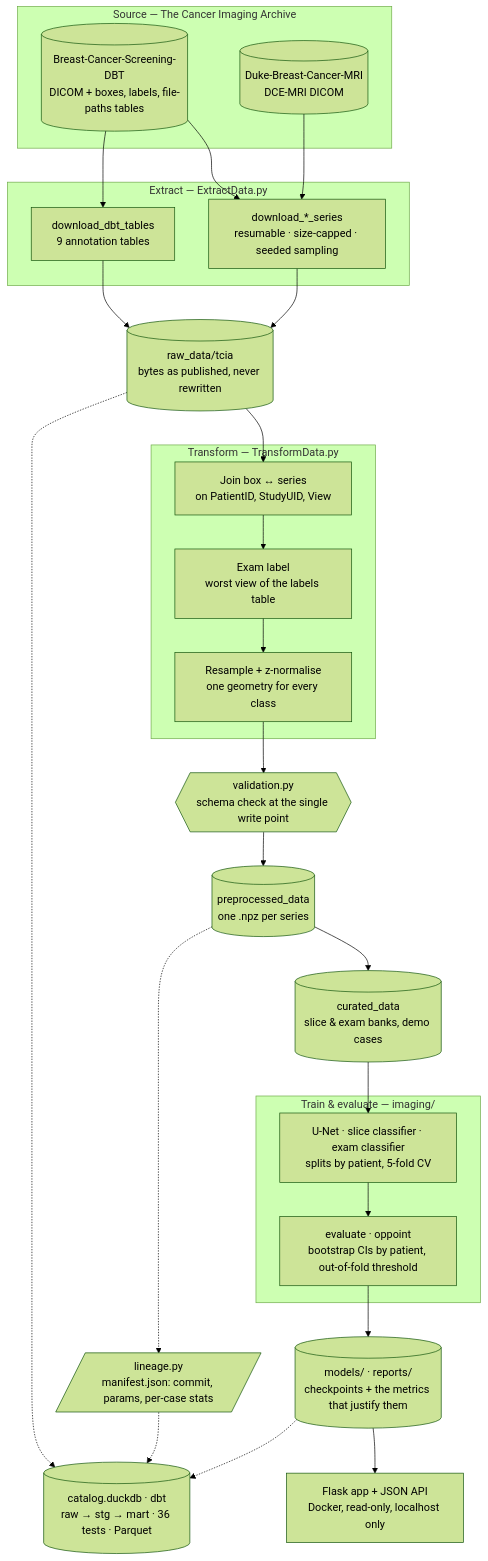
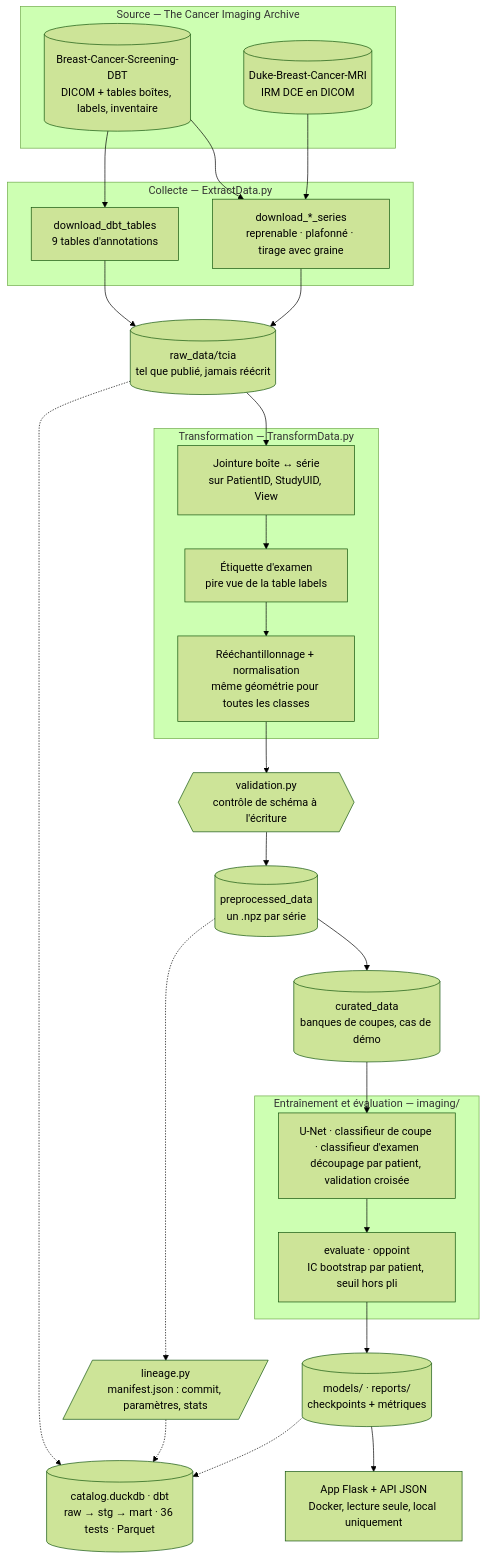
Before and after one commit to Elias-Ouafi/breastcancer: the diagram in README.md, drawn with Mermaid (forest theme). The commit also changed other lines of this file and 44 other files, not shown here.

````diff
--- a/README.md
+++ b/README.md
@@ -40,48 +64,48 @@
 ```mermaid
 flowchart TB
     subgraph SRC["Source — The Cancer Imaging Archive"]
-        DBT[("Breast-Cancer-Screening-DBT<br/>DICOM + boxes, labels, file-paths tables")]
-        MRI[("Duke-Breast-Cancer-MRI<br/>DCE-MRI DICOM")]
+        DBT[("Breast-Cancer-Screening-DBT<br/>DICOM + tables boîtes, labels, inventaire")]
+        MRI[("Duke-Breast-Cancer-MRI<br/>IRM DCE en DICOM")]
     end
 
-    subgraph EXTRACT["Extract — ExtractData.py"]
-        TABLES["download_dbt_tables<br/>9 annotation tables"]
-        SERIES["download_*_series<br/>resumable · size-capped · seeded sampling"]
+    subgraph EXTRACT["Collecte — ExtractData.py"]
+        TABLES["download_dbt_tables<br/>9 tables d'annotations"]
+        SERIES["download_*_series<br/>reprenable · plafonné · tirage avec graine"]
     end
 
-    RAW[("raw_data/tcia<br/>bytes as published, never rewritten")]
+    RAW[("raw_data/tcia<br/>tel que publié, jamais réécrit")]
 
-    subgraph TRANSFORM["Transform — TransformData.py"]
-        JOIN["Join box ↔ series<br/>on PatientID, StudyUID, View"]
-        LABEL["Exam label<br/>worst view of the labels table"]
-        GEOM["Resample + z-normalise<br/>one geometry for every class"]
+    subgraph TRANSFORM["Transformation — TransformData.py"]
+        JOIN["Jointure boîte ↔ série<br/>sur PatientID, StudyUID, View"]
+        LABEL["Étiquette d'examen<br/>pire vue de la table labels"]
+        GEOM["Rééchantillonnage + normalisation<br/>même géométrie pour toutes les classes"]
     end
 
-    VALID{{"validation.py<br/>schema check at the single write point"}}
-    LINEAGE[/"lineage.py<br/>manifest.json: commit, params, per-case stats"/]
-    PRE[("preprocessed_data<br/>one .npz per series")]
-    CUR[("curated_data<br/>slice & exam banks, demo cases")]
+    VALID{{"validation.py<br/>contrôle de schéma à l'écriture"}}
+    LINEAGE[/"lineage.py<br/>manifest.json : commit, paramètres, stats"/]
+    PRE[("preprocessed_data<br/>un .npz par série")]
+    CUR[("curated_data<br/>banques de coupes, cas de démo")]
 
-    subgraph ML["Train & evaluate — imaging/"]
-        TRAIN["U-Net · slice classifier · exam classifier<br/>splits by patient, 5-fold CV"]
-        EVAL["evaluate · oppoint<br/>bootstrap CIs by patient, out-of-fold threshold"]
+    subgraph ML["Entraînement et évaluation — imaging/"]
+        TRAIN["U-Net · classifieur de coupe · classifieur d'examen<br/>découpage par patient, validation croisée"]
+        EVAL["evaluate · oppoint<br/>IC bootstrap par patient, seuil hors pli"]
     end
 
-    ART[("models/ · reports/<br/>checkpoints + the metrics that justify them")]
-    APP["Flask app + JSON API<br/>Docker, read-only, localhost only"]
+    ART[("models/ · reports/<br/>checkpoints + métriques")]
+    APP["App Flask + API JSON<br/>Docker, lecture seule, local uniquement"]
     CAT[("catalog.duckdb · dbt<br/>raw → stg → mart · 36 tests · Parquet")]
 
     DBT --> TABLES
     DBT --> SERIES
     MRI --> SERIES
     TABLES --> RAW
     SERIES --> RAW
     RAW --> JOIN --> LABEL --> GEOM
     GEOM --> VALID --> PRE
     PRE -.-> LINEAGE
     PRE --> CUR --> TRAIN --> EVAL --> ART
     ART --> APP
     RAW -.-> CAT
     LINEAGE -.-> CAT
     ART -.-> CAT
 ```
````
